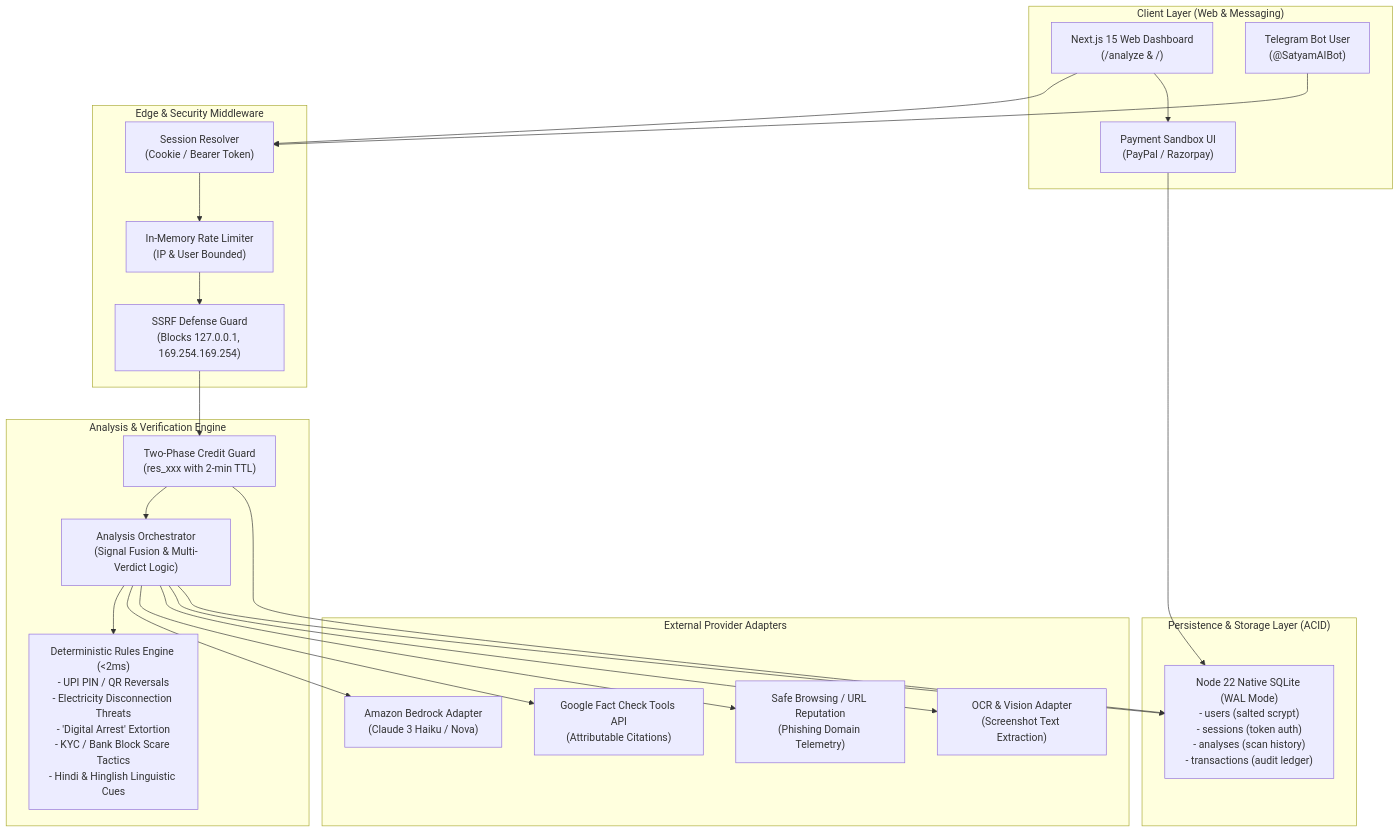
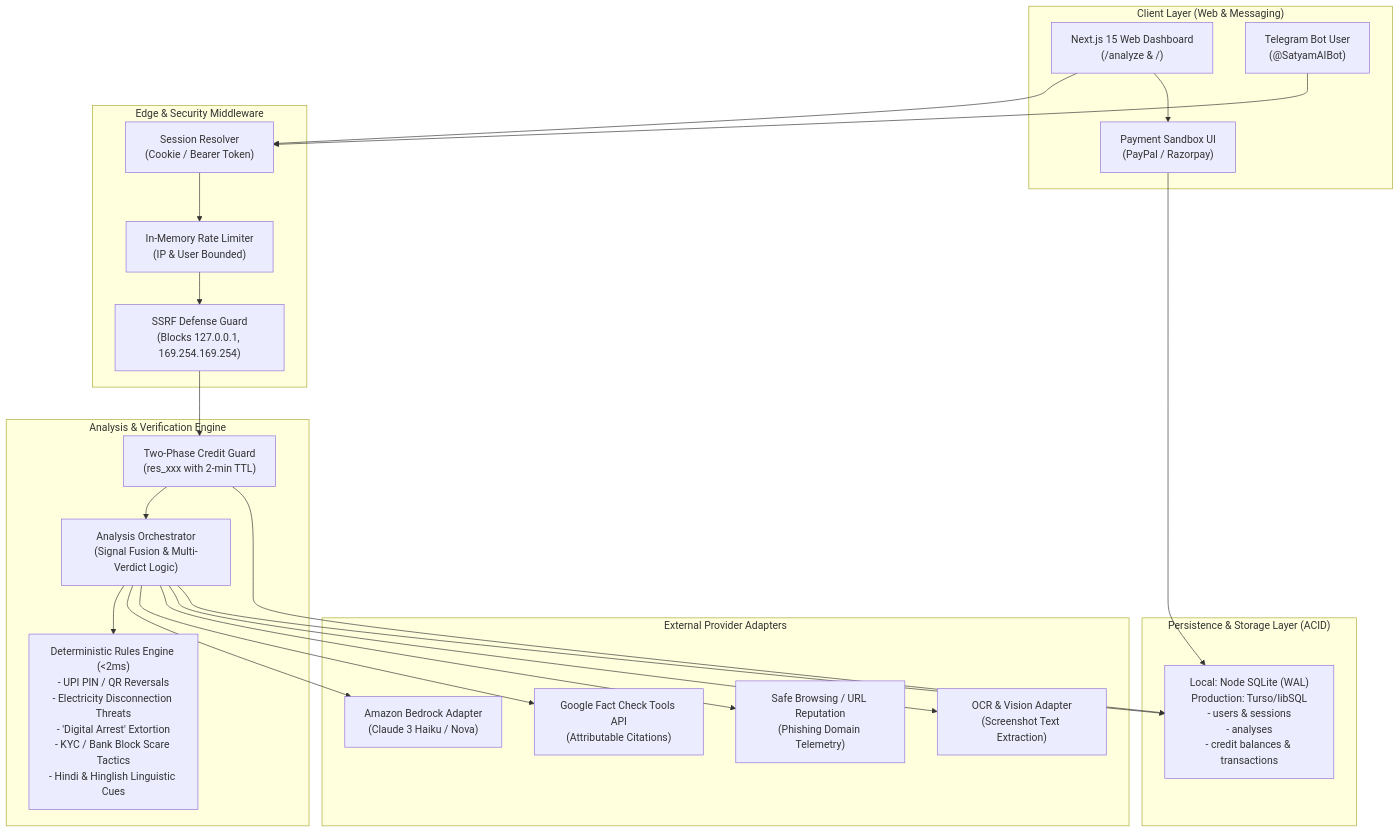
The first of 4 diagrams in README.md (AmanInAction/satyam-ai), drawn with Mermaid before and after one commit. The commit also changed other lines of this file and 33 other files, not shown here.

````diff
--- a/README.md
+++ b/README.md
@@ -18,48 +18,48 @@
 ```mermaid
 graph TD
     subgraph ClientLayer ["Client Layer (Web & Messaging)"]
         UI["Next.js 15 Web Dashboard<br/>(/analyze & /)"]
         TGBot["Telegram Bot User<br/>(@SatyamAIBot)"]
         PaypalModal["Payment Sandbox UI<br/>(PayPal / Razorpay)"]
     end
 
     subgraph GatewayLayer ["Edge & Security Middleware"]
         RateLimit["In-Memory Rate Limiter<br/>(IP & User Bounded)"]
         SSRF["SSRF Defense Guard<br/>(Blocks 127.0.0.1, 169.254.169.254)"]
         SessionParser["Session Resolver<br/>(Cookie / Bearer Token)"]
     end
 
     subgraph CoreEngine ["Analysis & Verification Engine"]
         CreditGuard["Two-Phase Credit Guard<br/>(res_xxx with 2-min TTL)"]
         RulesEngine["Deterministic Rules Engine (&lt;2ms)<br/>- UPI PIN / QR Reversals<br/>- Electricity Disconnection Threats<br/>- 'Digital Arrest' Extortion<br/>- KYC / Bank Block Scare Tactics<br/>- Hindi & Hinglish Linguistic Cues"]
         Orchestrator["Analysis Orchestrator<br/>(Signal Fusion & Multi-Verdict Logic)"]
     end
 
     subgraph ExternalAdapters ["External Provider Adapters"]
         Bedrock["Amazon Bedrock Adapter<br/>(Claude 3 Haiku / Nova)"]
         FactCheck["Google Fact Check Tools API<br/>(Attributable Citations)"]
         SafeBrowsing["Safe Browsing / URL Reputation<br/>(Phishing Domain Telemetry)"]
         VisionOCR["OCR & Vision Adapter<br/>(Screenshot Text Extraction)"]
     end
 
     subgraph DataPersistence ["Persistence & Storage Layer (ACID)"]
-        SQLiteDB["Node 22 Native SQLite (WAL Mode)<br/>- users (salted scrypt)<br/>- sessions (token auth)<br/>- analyses (scan history)<br/>- transactions (audit ledger)"]
+        SQLiteDB["Local: Node SQLite (WAL)<br/>Production: Turso/libSQL<br/>- users & sessions<br/>- analyses<br/>- credit balances & transactions"]
         
     end
 
     UI --> SessionParser
     UI --> PaypalModal
     TGBot --> SessionParser
     SessionParser --> RateLimit
     RateLimit --> SSRF
     SSRF --> CreditGuard
     CreditGuard --> Orchestrator
     Orchestrator --> RulesEngine
     Orchestrator --> Bedrock
     Orchestrator --> FactCheck
     Orchestrator --> SafeBrowsing
     Orchestrator --> VisionOCR
     Orchestrator --> SQLiteDB
     CreditGuard --> SQLiteDB
     PaypalModal --> SQLiteDB
 ```
````
